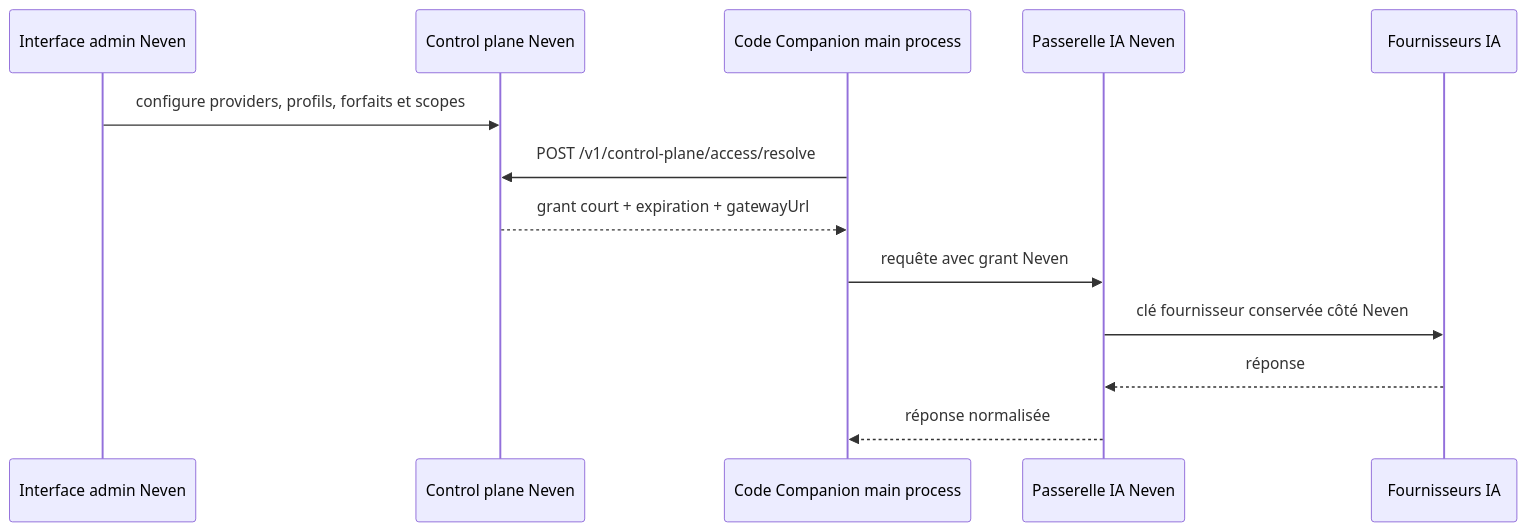
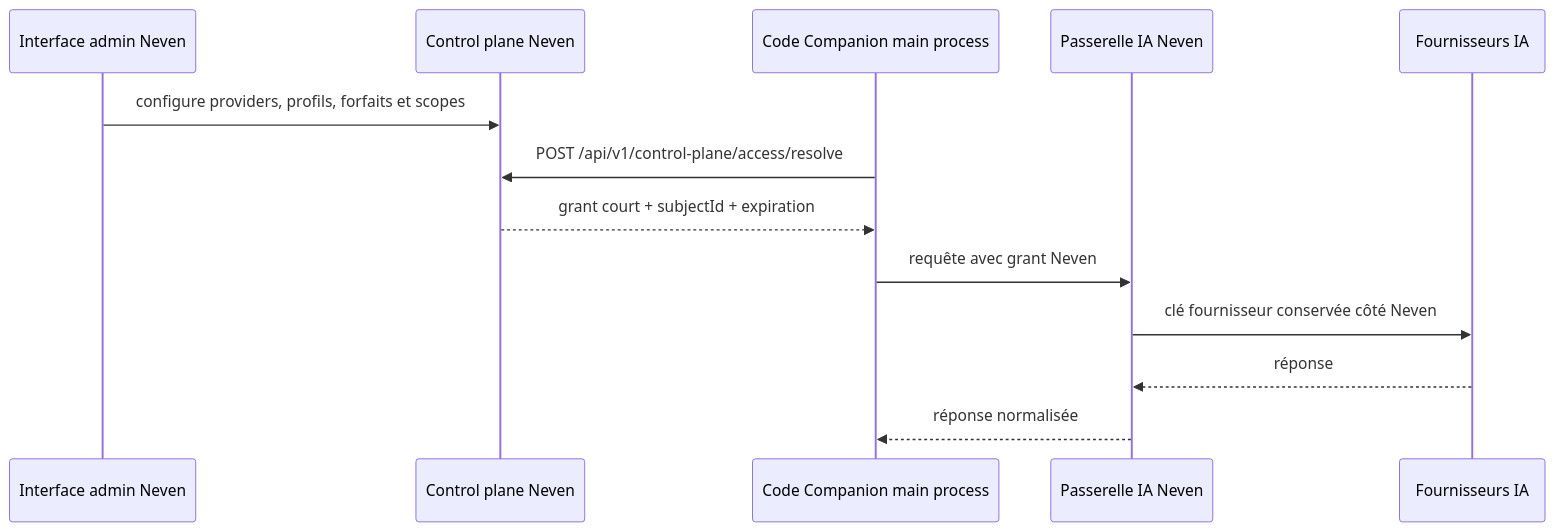
One commit to wbensadoun/MonIDEAgentIA changed the diagram in docs/NEVEN_CONTROL_PLANE.md. Above: the diagram before and after it, drawn with Mermaid. The commit also changed other lines of this file and 11 other files, not shown here.

````diff
--- a/docs/NEVEN_CONTROL_PLANE.md
+++ b/docs/NEVEN_CONTROL_PLANE.md
@@ -9,16 +9,16 @@
 ```mermaid
 sequenceDiagram
     participant Admin as Interface admin Neven
     participant CP as Control plane Neven
     participant App as Code Companion main process
     participant GW as Passerelle IA Neven
     participant Model as Fournisseurs IA
 
     Admin->>CP: configure providers, profils, forfaits et scopes
-    App->>CP: POST /v1/control-plane/access/resolve
-    CP-->>App: grant court + expiration + gatewayUrl
+    App->>CP: POST /api/v1/control-plane/access/resolve
+    CP-->>App: grant court + subjectId + expiration
     App->>GW: requête avec grant Neven
     GW->>Model: clé fournisseur conservée côté Neven
     Model-->>GW: réponse
     GW-->>App: réponse normalisée
 ```
````
